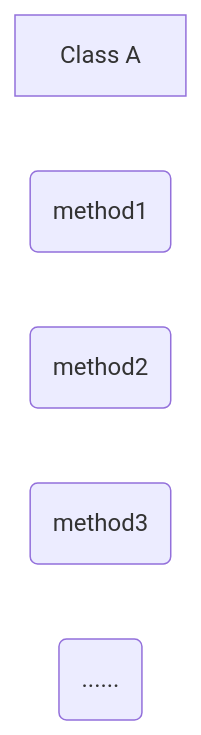
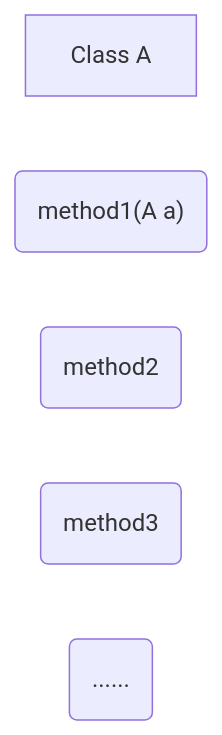
Before and after one commit to kekaiyuan/resource: the diagram in _posts/designPatterns/2021-06-07-chain-of-responsibility.md, drawn with Mermaid.

Commit message:
修改文件: _posts/designPatterns/2021-06-07-chain-of-responsibility.md

````diff
--- a/_posts/designPatterns/2021-06-07-chain-of-responsibility.md
+++ b/_posts/designPatterns/2021-06-07-chain-of-responsibility.md
@@ -17,8 +17,8 @@
 ```mermaid
 graph LR; 
 A[Class A]
-B(method1)
+B("method1(A a)")
 C(method2)
 D(method3)
 E(......)
 ``` 
````
